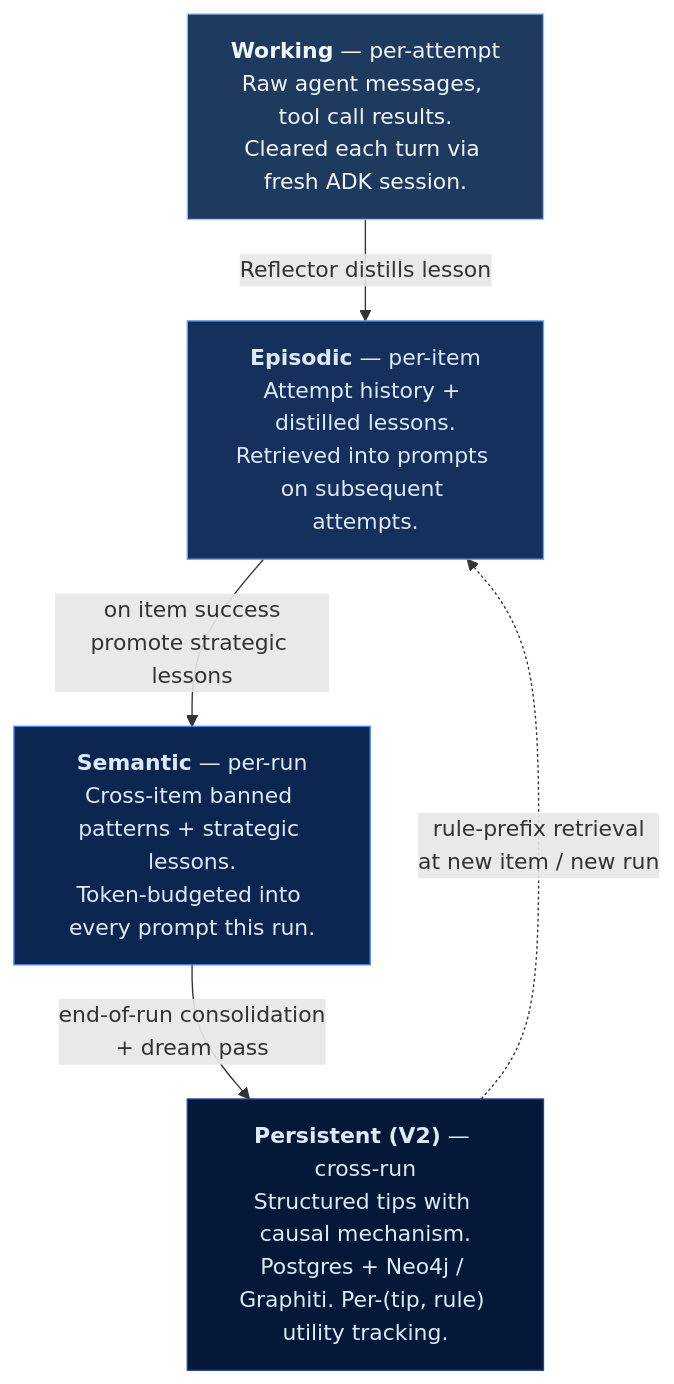
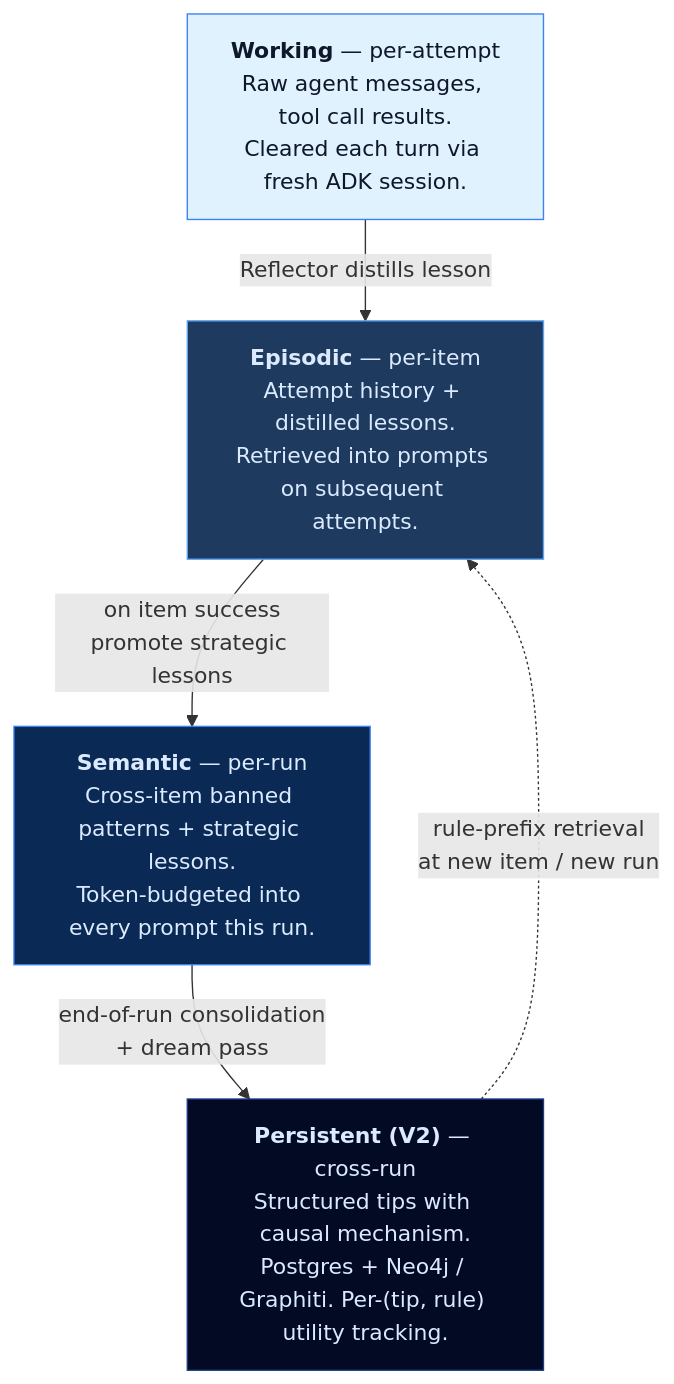
Before and after one commit to kenrollins/gemma-forge: the second of 2 diagrams in docs/journal/architecture/00-system-architecture.md, drawn with Mermaid.

Commit message:
docs(architecture): widen memory-tier gradient, Working gets a pale inversion
Previous gradient was too tight — all four tiers read as a
uniform band of navy. User feedback: Working should stand out as
the ephemeral tier, the other three should carry a wider dark-blue
spread.

New palette:
- Working    fill #E0F2FE (sky-100, pale) / stroke #3B82F6 /
             color #0F172A (slate-900, near-black).
             Inverted contrast — black text on near-white blue
             reads as "lives briefly, wiped each turn."
- Episodic   fill #1E3A5F / stroke #60A5FA / white text
- Semantic   fill #0A2955 / stroke #3B82F6 / white text
             (pushed slightly darker than before)
- Persistent fill #020A24 / stroke #1E3A8A / white text
             (deepest — visually reads as "settled, permanent")

The three dark tiers now span a visibly wider range and the
Working outlier breaks the pattern deliberately so the
ephemerality is legible before reading a single word.

````diff
--- a/docs/journal/architecture/00-system-architecture.md
+++ b/docs/journal/architecture/00-system-architecture.md
@@ -192,21 +192,21 @@
 ```mermaid
 flowchart TD
     W["<b>Working</b> — per-attempt<br/>Raw agent messages, tool call results.<br/>Cleared each turn via fresh ADK session."]
     E["<b>Episodic</b> — per-item<br/>Attempt history + distilled lessons.<br/>Retrieved into prompts on subsequent attempts."]
     S["<b>Semantic</b> — per-run<br/>Cross-item banned patterns + strategic lessons.<br/>Token-budgeted into every prompt this run."]
     P["<b>Persistent (V2)</b> — cross-run<br/>Structured tips with causal mechanism.<br/>Postgres + Neo4j / Graphiti. Per-(tip, rule) utility tracking."]
 
     W -->|Reflector distills lesson| E
     E -->|on item success<br/>promote strategic lessons| S
     S -->|end-of-run consolidation<br/>+ dream pass| P
     P -.->|rule-prefix retrieval<br/>at new item / new run| E
 
-    classDef working   fill:#1e3a5f,stroke:#93C5FD,color:#EFF6FF
-    classDef episodic  fill:#15305c,stroke:#60A5FA,color:#DBEAFE
-    classDef semantic  fill:#0d2650,stroke:#3B82F6,color:#DBEAFE
-    classDef persistent fill:#061838,stroke:#1E40AF,color:#DBEAFE
+    classDef working   fill:#E0F2FE,stroke:#3B82F6,color:#0F172A
+    classDef episodic  fill:#1E3A5F,stroke:#60A5FA,color:#DBEAFE
+    classDef semantic  fill:#0A2955,stroke:#3B82F6,color:#DBEAFE
+    classDef persistent fill:#020A24,stroke:#1E3A8A,color:#DBEAFE
     class W working
     class E episodic
     class S semantic
     class P persistent
 ```
````
